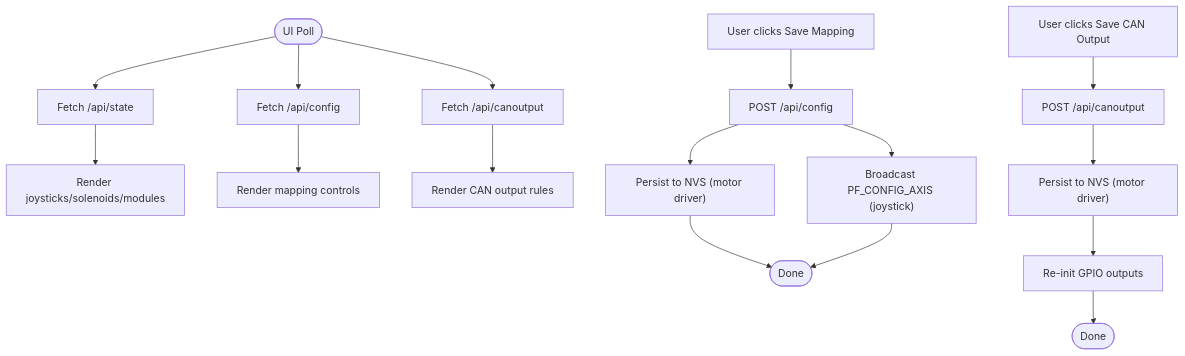
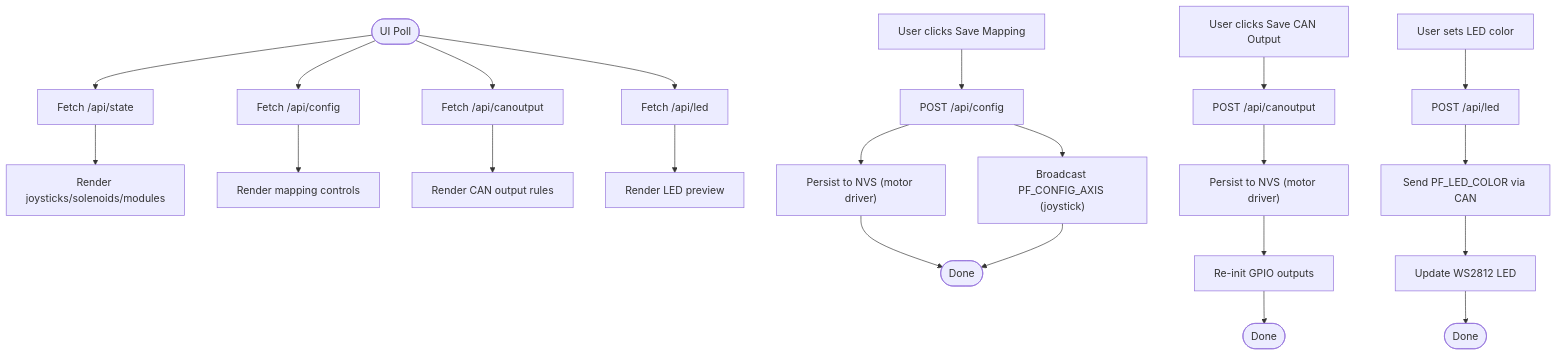
One commit to gunicsba/ESP_CAN_ECU_joystick_collection changed the third of 7 diagrams in .qoder/repowiki/en/content/Configuration Management/Web Interface Integration.md. Above: the diagram before and after it, drawn with Mermaid. The commit also changed other lines of this file and 15 other files, not shown here.

````diff
--- a/.qoder/repowiki/en/content/Configuration Management/Web Interface Integration.md
+++ b/.qoder/repowiki/en/content/Configuration Management/Web Interface Integration.md
@@ -184,18 +223,24 @@
 ```mermaid
 flowchart TD
 Start(["UI Poll"]) --> FetchState["Fetch /api/state"]
 FetchState --> RenderState["Render joysticks/solenoids/modules"]
 Start --> FetchConfig["Fetch /api/config"]
 FetchConfig --> RenderConfig["Render mapping controls"]
 Start --> FetchCanOut["Fetch /api/canoutput"]
 FetchCanOut --> RenderCanOut["Render CAN output rules"]
+Start --> FetchLED["Fetch /api/led"]
+FetchLED --> RenderLED["Render LED preview"]
 SaveMapping["User clicks Save Mapping"] --> PostConfig["POST /api/config"]
 PostConfig --> Persist["Persist to NVS (motor driver)"]
 PostConfig --> Broadcast["Broadcast PF_CONFIG_AXIS (joystick)"]
 Persist --> Done1(["Done"])
 Broadcast --> Done1
 SaveCanOut["User clicks Save CAN Output"] --> PostCanOut["POST /api/canoutput"]
 PostCanOut --> Persist2["Persist to NVS (motor driver)"]
 Persist2 --> Reinit["Re-init GPIO outputs"]
 Reinit --> Done2(["Done"])
+SetLED["User sets LED color"] --> PostLED["POST /api/led"]
+PostLED --> SendCAN["Send PF_LED_COLOR via CAN"]
+SendCAN --> UpdateLED["Update WS2812 LED"]
+UpdateLED --> Done3(["Done"])
 ```
````
